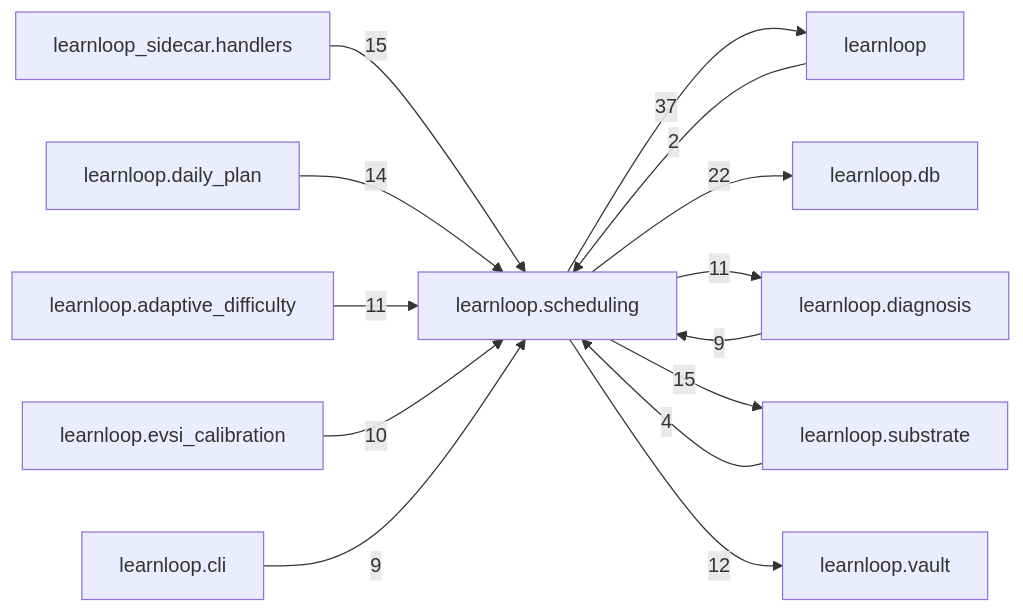
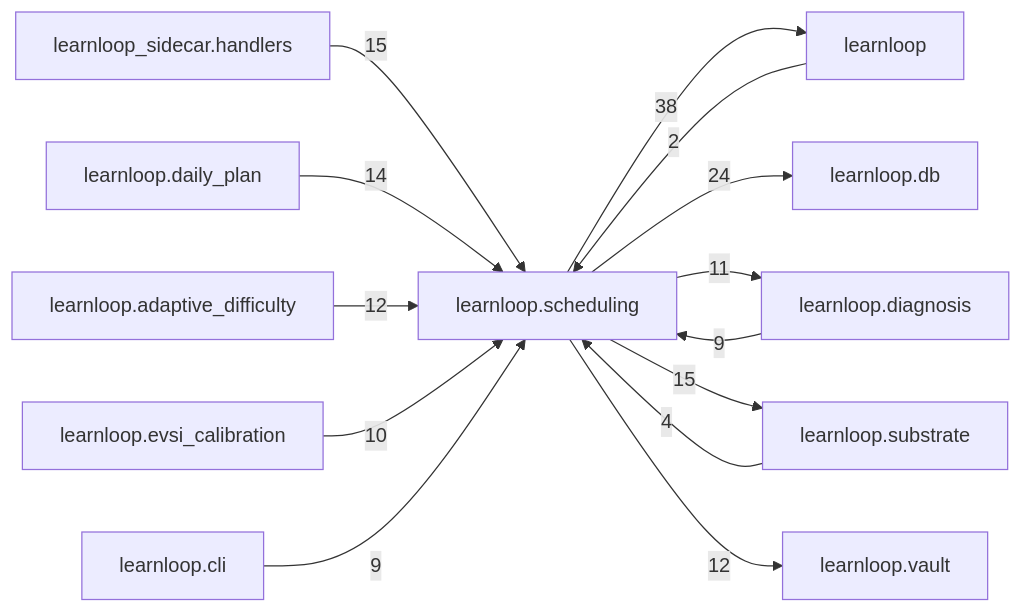
Before and after one commit to 6up-b/learnanything: the diagram in docs/learnloop-architecture-vault/Reference/Modules/learnloop/scheduling/_package.md, drawn with Mermaid. The commit also changed other lines of this file and 122 other files, not shown here.

````diff
--- a/docs/learnloop-architecture-vault/Reference/Modules/learnloop/scheduling/_package.md
+++ b/docs/learnloop-architecture-vault/Reference/Modules/learnloop/scheduling/_package.md
@@ -172,27 +174,27 @@
 ```mermaid
 flowchart LR
     center["learnloop.scheduling"]
     n_learnloop["learnloop"]
     n_learnloop_db["learnloop.db"]
     n_learnloop_diagnosis["learnloop.diagnosis"]
     n_learnloop_substrate["learnloop.substrate"]
     n_learnloop_sidecar_handlers["learnloop_sidecar.handlers"]
     n_learnloop_daily_plan["learnloop.daily_plan"]
+    n_learnloop_adaptive_difficulty["learnloop.adaptive_difficulty"]
     n_learnloop_vault["learnloop.vault"]
-    n_learnloop_adaptive_difficulty["learnloop.adaptive_difficulty"]
     n_learnloop_evsi_calibration["learnloop.evsi_calibration"]
     n_learnloop_cli["learnloop.cli"]
     n_learnloop -->|2| center
-    center -->|37| n_learnloop
-    center -->|22| n_learnloop_db
+    center -->|38| n_learnloop
+    center -->|24| n_learnloop_db
     n_learnloop_diagnosis -->|9| center
     center -->|11| n_learnloop_diagnosis
     n_learnloop_substrate -->|4| center
     center -->|15| n_learnloop_substrate
     n_learnloop_sidecar_handlers -->|15| center
     n_learnloop_daily_plan -->|14| center
+    n_learnloop_adaptive_difficulty -->|12| center
     center -->|12| n_learnloop_vault
-    n_learnloop_adaptive_difficulty -->|11| center
     n_learnloop_evsi_calibration -->|10| center
     n_learnloop_cli -->|9| center
 ```
````
